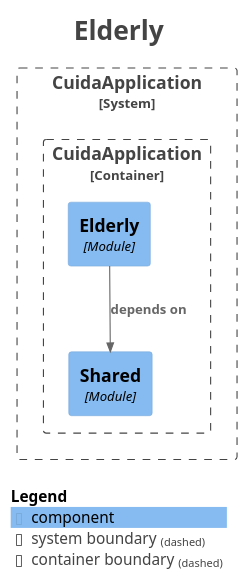
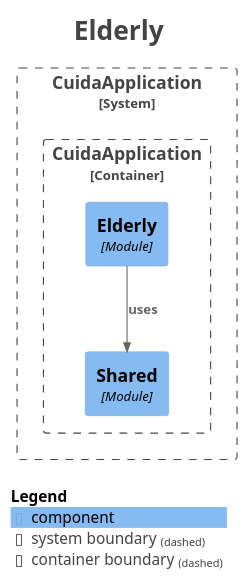
One commit to Rodrimir/alo_diario changed the diagram in docs/modules/module-elderly.puml. Above: the diagram before and after it, drawn with PlantUML. The commit also changed 43 other files, not shown here.

```diff
--- a/docs/modules/module-elderly.puml
+++ b/docs/modules/module-elderly.puml
@@ -1,30 +1,30 @@
 @startuml
 title <size:24>Elderly</size>
 
 set separator none
 top to bottom direction
 
 <style>
   root {
     BackgroundColor: #ffffff
     FontColor: #444444
   }
 </style>
 
 !include <C4/C4>
 !include <C4/C4_Context>
 !include <C4/C4_Component>
 
 System_Boundary("CuidaApplication_boundary", "CuidaApplication", $tags="") {
   Container_Boundary("CuidaApplication.CuidaApplication_boundary", "CuidaApplication", $tags="") {
     Component(CuidaApplication.CuidaApplication.Shared, "Shared", $techn="Module", $descr="", $tags="", $link="")
     Component(CuidaApplication.CuidaApplication.Elderly, "Elderly", $techn="Module", $descr="", $tags="", $link="")
   }
 
 }
 
-Rel(CuidaApplication.CuidaApplication.Elderly, CuidaApplication.CuidaApplication.Shared, "depends on", $techn="", $tags="", $link="")
+Rel(CuidaApplication.CuidaApplication.Elderly, CuidaApplication.CuidaApplication.Shared, "uses", $techn="", $tags="", $link="")
 
 SHOW_LEGEND(true)
 hide stereotypes
 @enduml
```
